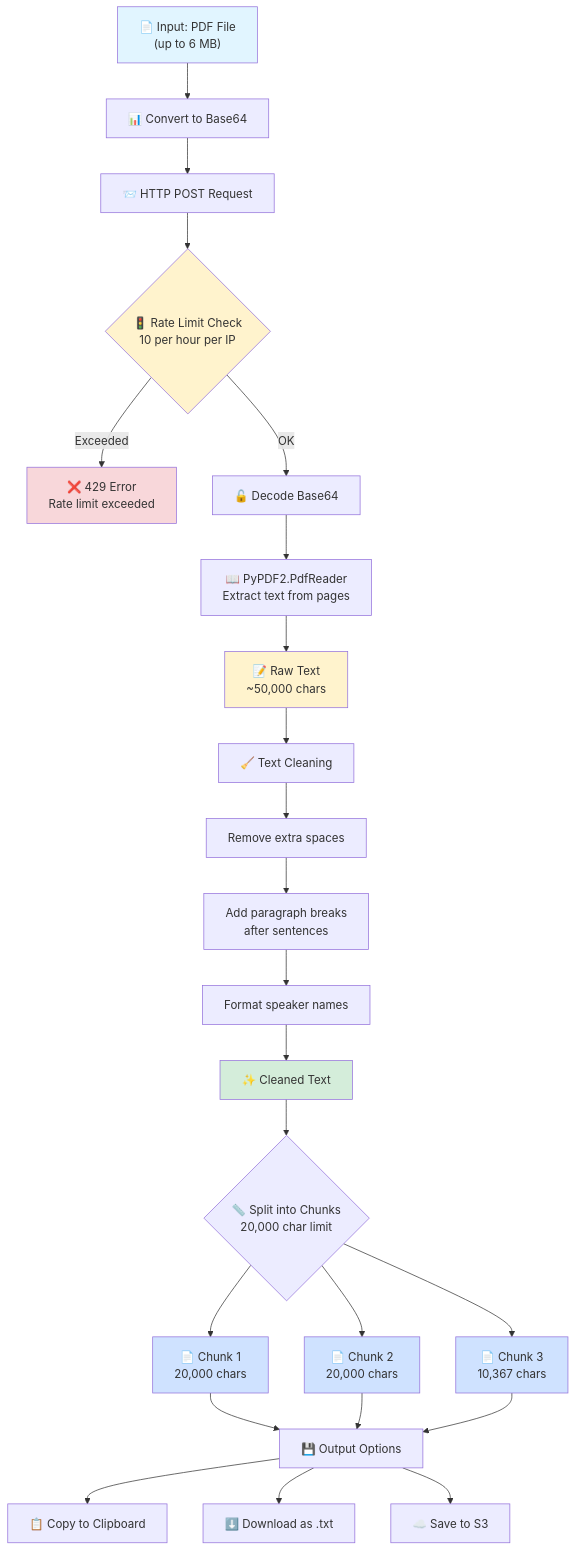
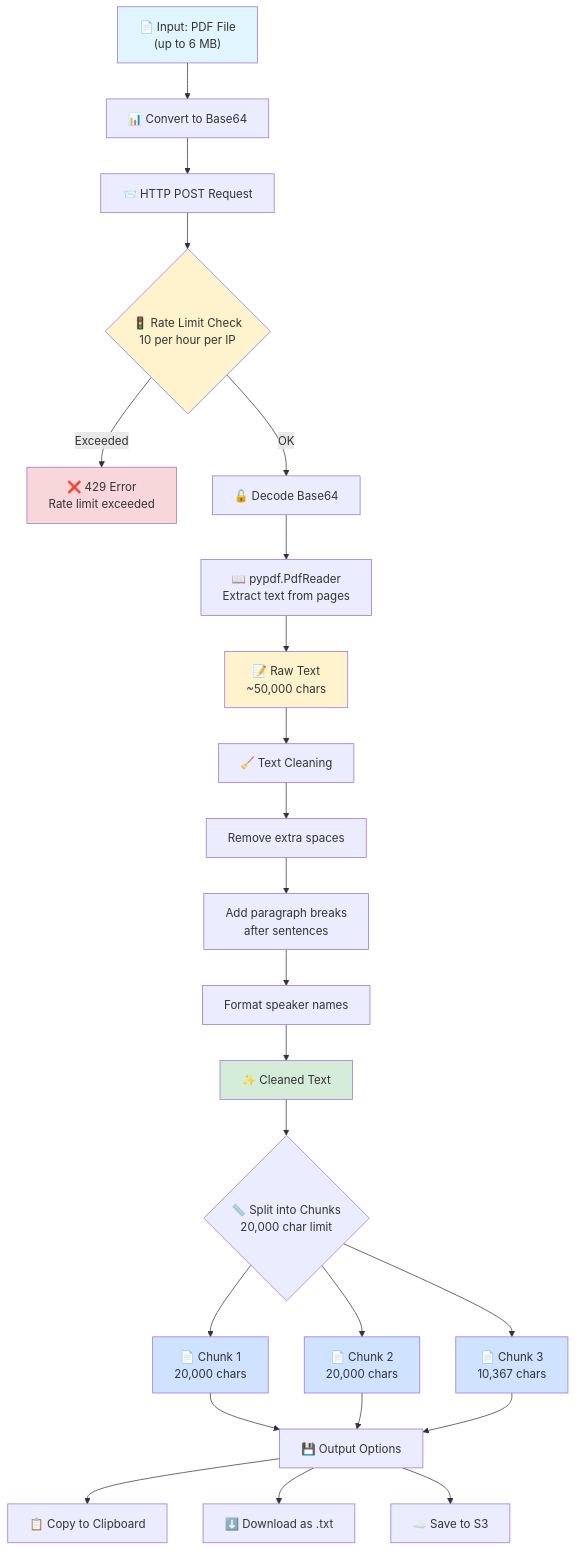
The diagram in Diagrams/data-flow.mermaid (dave-schmidt-dev/pdf-chunker), drawn with Mermaid before and after one commit. The commit also changed 3 other files, not shown here.

First line of the commit message:
Docs: Update Mermaid diagrams for pypdf migration

```diff
--- a/Diagrams/data-flow.mermaid
+++ b/Diagrams/data-flow.mermaid
@@ -1,39 +1,39 @@
 graph TD
     A["📄 Input: PDF File<br/>(up to 6 MB)"] --> B["📊 Convert to Base64"]
     B --> C["📨 HTTP POST Request"]
     C --> D{"🚦 Rate Limit Check<br/>10 per hour per IP"}
     
     D -->|Exceeded| E["❌ 429 Error<br/>Rate limit exceeded"]
     D -->|OK| F["🔓 Decode Base64"]
     
-    F --> G["📖 PyPDF2.PdfReader<br/>Extract text from pages"]
+    F --> G["📖 pypdf.PdfReader<br/>Extract text from pages"]
     G --> H["📝 Raw Text<br/>~50,000 chars"]
     
     H --> I["🧹 Text Cleaning"]
     I --> J["Remove extra spaces"]
     J --> K["Add paragraph breaks<br/>after sentences"]
     K --> L["Format speaker names"]
     L --> M["✨ Cleaned Text"]
     
     M --> N{"📏 Split into Chunks<br/>20,000 char limit"}
     
     N --> O["📄 Chunk 1<br/>20,000 chars"]
     N --> P["📄 Chunk 2<br/>20,000 chars"]
     N --> Q["📄 Chunk 3<br/>10,367 chars"]
     
     O --> R["💾 Output Options"]
     P --> R
     Q --> R
     
     R --> S["📋 Copy to Clipboard"]
     R --> T["⬇️ Download as .txt"]
     R --> U["☁️ Save to S3"]
     
     style A fill:#e1f5ff
     style H fill:#fff3cd
     style M fill:#d4edda
     style O fill:#cfe2ff
     style P fill:#cfe2ff
     style Q fill:#cfe2ff
     style E fill:#f8d7da
     style D fill:#fff3cd
```
